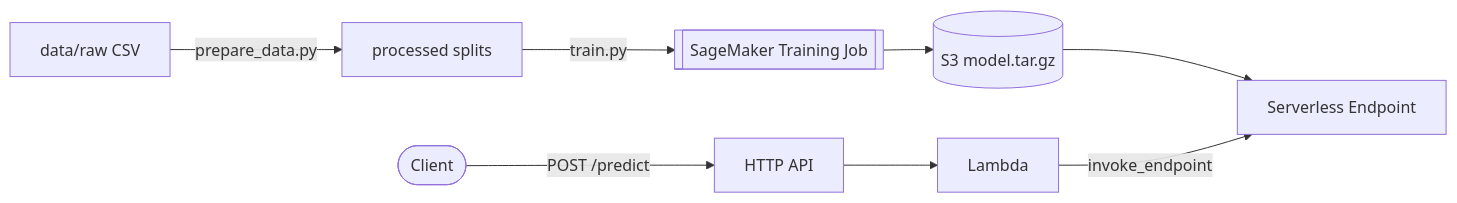
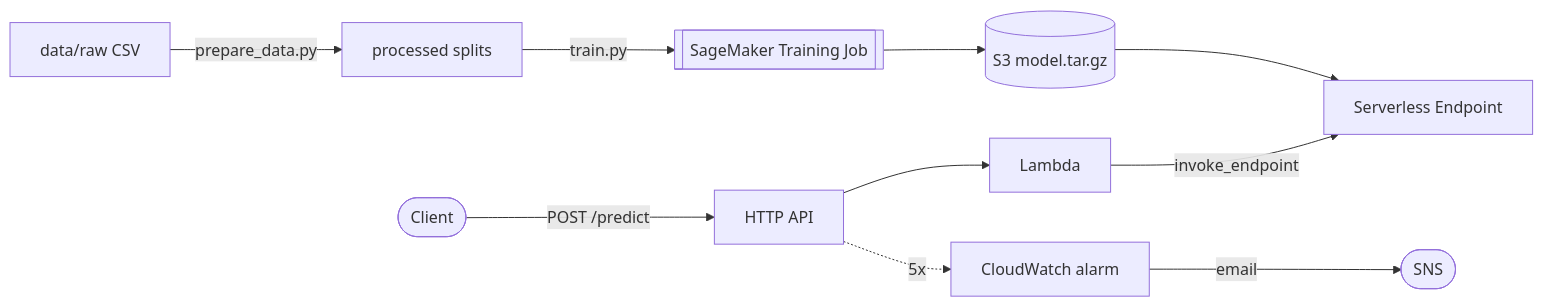
Before and after one commit to jeffgrosse/aws-sagemaker-xgboost-churn: the diagram in README.md, drawn with Mermaid. The commit also changed other lines of this file and 2 other files, not shown here.

Commit message:
docs: README and architecture updates for v0.2.0

````diff
--- a/README.md
+++ b/README.md
@@ -16,8 +17,9 @@
 ```mermaid
 flowchart LR
     A[data/raw CSV] -->|prepare_data.py| B[processed splits]
     B -->|train.py| C[["SageMaker Training Job"]]
     C --> D[(S3 model.tar.gz)]
     D --> E[Serverless Endpoint]
     F([Client]) -->|POST /predict| G[HTTP API] --> H[Lambda] -->|invoke_endpoint| E
+    G -.5xx.-> K[CloudWatch alarm] -->|email| L([SNS])
 ```
````
